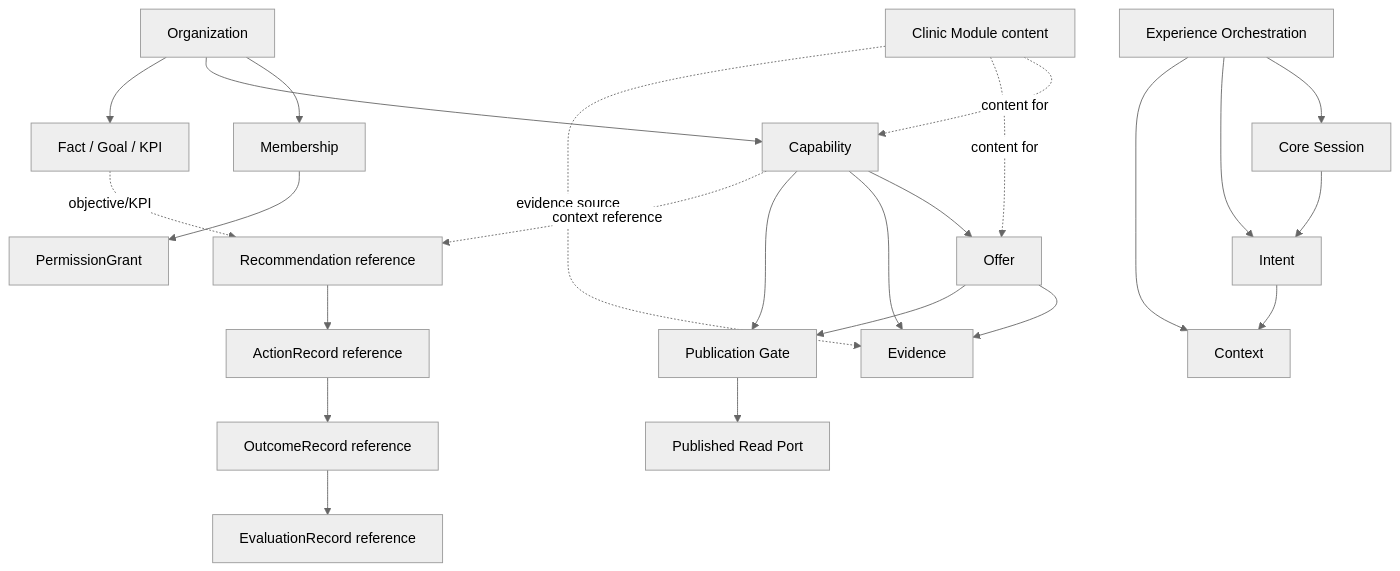
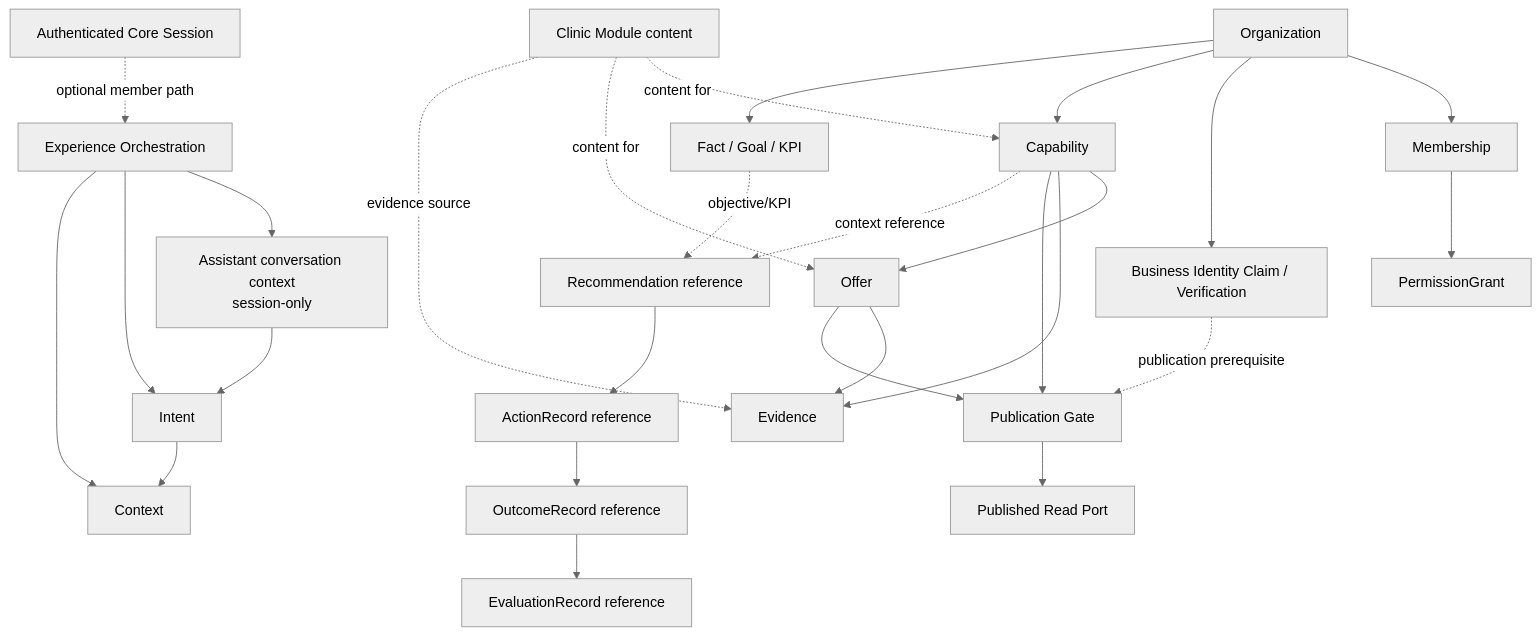
Before and after one commit to aminansaricom-bot/mlino_3-sep: the diagram in mlino2/MLINO_CORE_FOUNDATION_IMPLEMENTATION_SPEC.md, drawn with Mermaid (neutral theme). The commit also changed other lines of this file and 1 other file, not shown here.

Commit message:
docs: align core foundation spec with approved boundaries

````diff
--- a/mlino2/MLINO_CORE_FOUNDATION_IMPLEMENTATION_SPEC.md
+++ b/mlino2/MLINO_CORE_FOUNDATION_IMPLEMENTATION_SPEC.md
@@ -100,45 +144,50 @@
 ```mermaid
 flowchart TD
   O[Organization]
+  B[Business Identity Claim / Verification]
   M[Membership]
   G[PermissionGrant]
   C[Capability]
   F[Fact / Goal / KPI]
   E[Evidence]
   R[Offer]
   P[Publication Gate]
-  S[Core Session]
+  S[Authenticated Core Session]
+  CS[Assistant conversation context\nsession-only]
   I[Intent]
   X[Context]
   T[Experience Orchestration]
   N[Recommendation reference]
   A[ActionRecord reference]
   U[OutcomeRecord reference]
   V[EvaluationRecord reference]
   CM[Clinic Module content]
   VP[Published Read Port]
 
   O --> M
   M --> G
+  O --> B
   O --> C
   O --> F
   C --> R
   C --> E
   R --> E
   C --> P
   R --> P
+  B -. publication prerequisite .-> P
   P --> VP
   CM -. content for .-> C
   CM -. content for .-> R
   CM -. evidence source .-> E
-  S --> I
+  CS --> I
   I --> X
-  T --> S
+  T --> CS
   T --> I
   T --> X
+  S -. optional member path .-> T
   C -. context reference .-> N
   F -. objective/KPI .-> N
   N --> A
   A --> U
   U --> V
 ```
````
